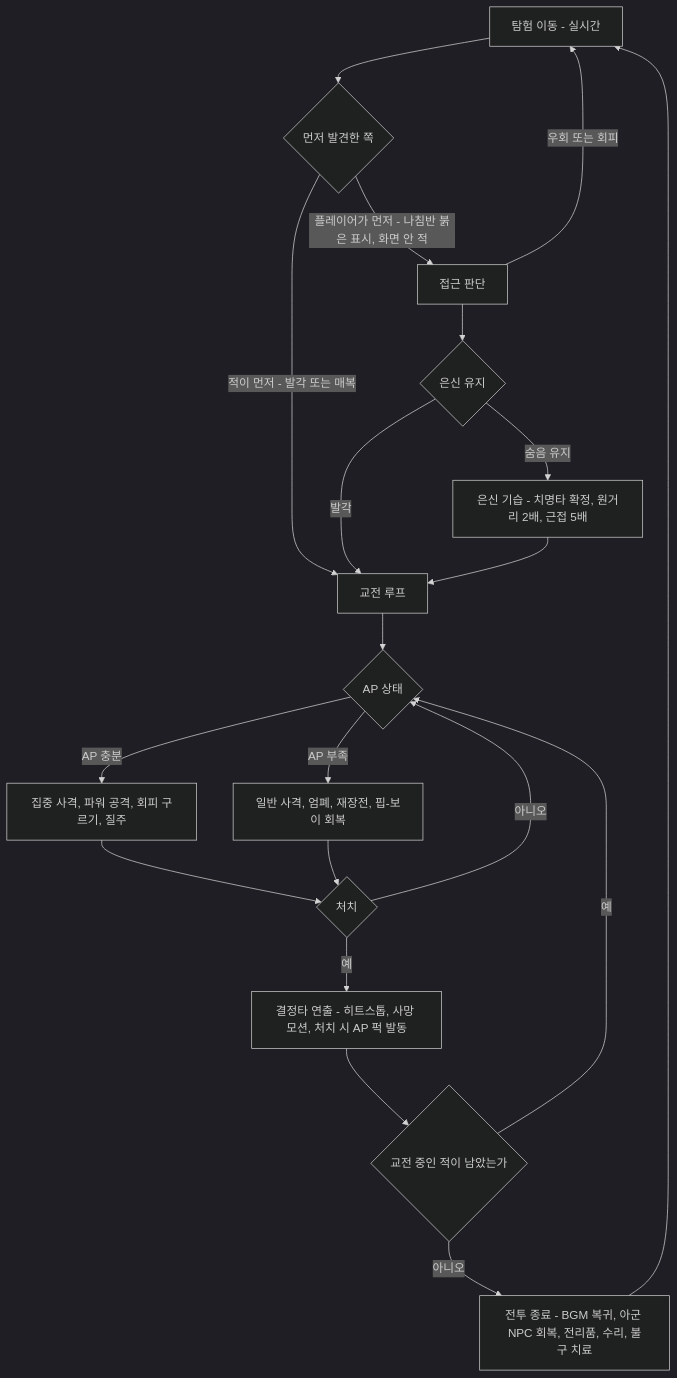
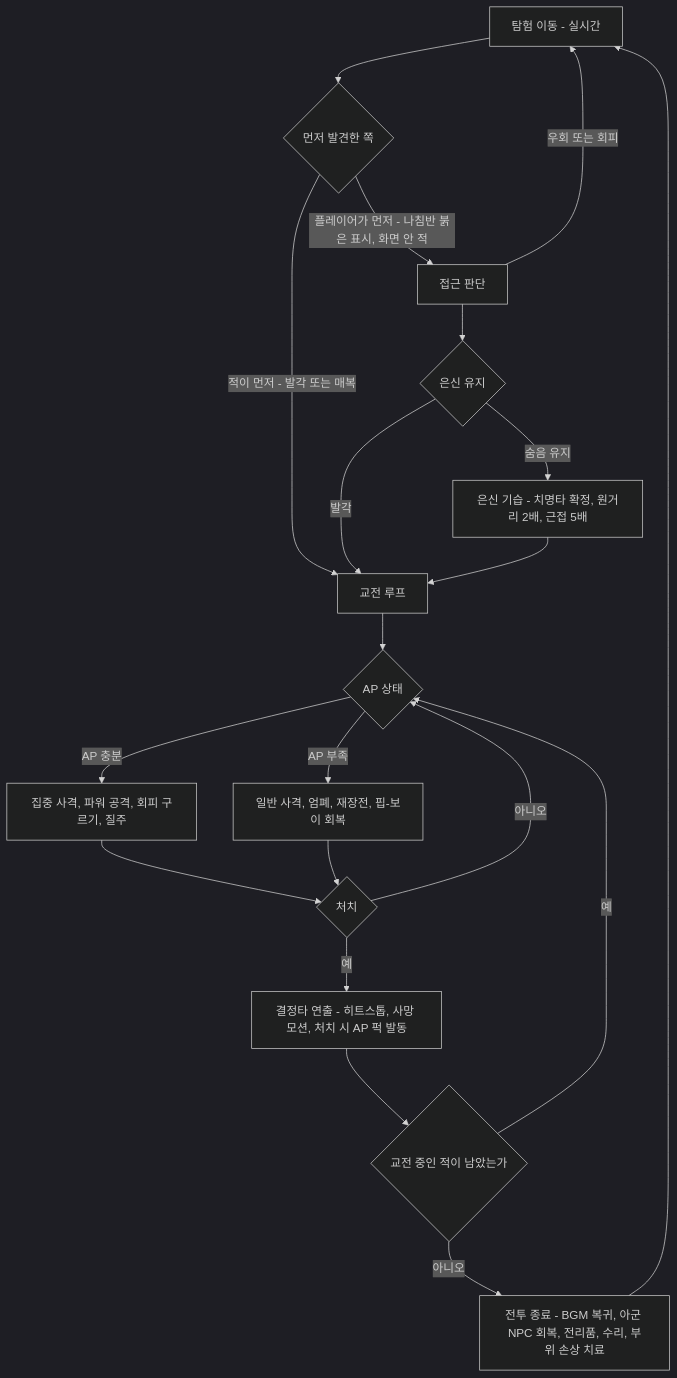
Before and after one commit to forsurvive/003: the first of 5 diagrams in docs/seoul-fallout/11_combat-system.md, drawn with Mermaid (dark theme). The commit also changed other lines of this file and 18 other files, not shown here.

````diff
--- a/docs/seoul-fallout/11_combat-system.md
+++ b/docs/seoul-fallout/11_combat-system.md
@@ -92,22 +92,22 @@
 ```mermaid
 flowchart TD
   A["탐험 이동 - 실시간"] --> B{"먼저 발견한 쪽"}
   B -->|"플레이어가 먼저 - 나침반 붉은 표시, 화면 안 적"| C["접근 판단"]
   B -->|"적이 먼저 - 발각 또는 매복"| F["교전 루프"]
   C --> D{"은신 유지"}
   D -->|"숨음 유지"| E["은신 기습 - 치명타 확정, 원거리 2배, 근접 5배"]
   D -->|"발각"| F
   C -->|"우회 또는 회피"| A
   E --> F
   F --> G{"AP 상태"}
   G -->|"AP 충분"| H["집중 사격, 파워 공격, 회피 구르기, 질주"]
   G -->|"AP 부족"| I["일반 사격, 엄폐, 재장전, 핍-보이 회복"]
   H --> J{"처치"}
   I --> J
   J -->|"예"| K["결정타 연출 - 히트스톱, 사망 모션, 처치 시 AP 퍽 발동"]
   J -->|"아니오"| G
   K --> L{"교전 중인 적이 남았는가"}
   L -->|"예"| G
-  L -->|"아니오"| M["전투 종료 - BGM 복귀, 아군 NPC 회복, 전리품, 수리, 불구 치료"]
+  L -->|"아니오"| M["전투 종료 - BGM 복귀, 아군 NPC 회복, 전리품, 수리, 부위 손상 치료"]
   M --> A
 ```
````
